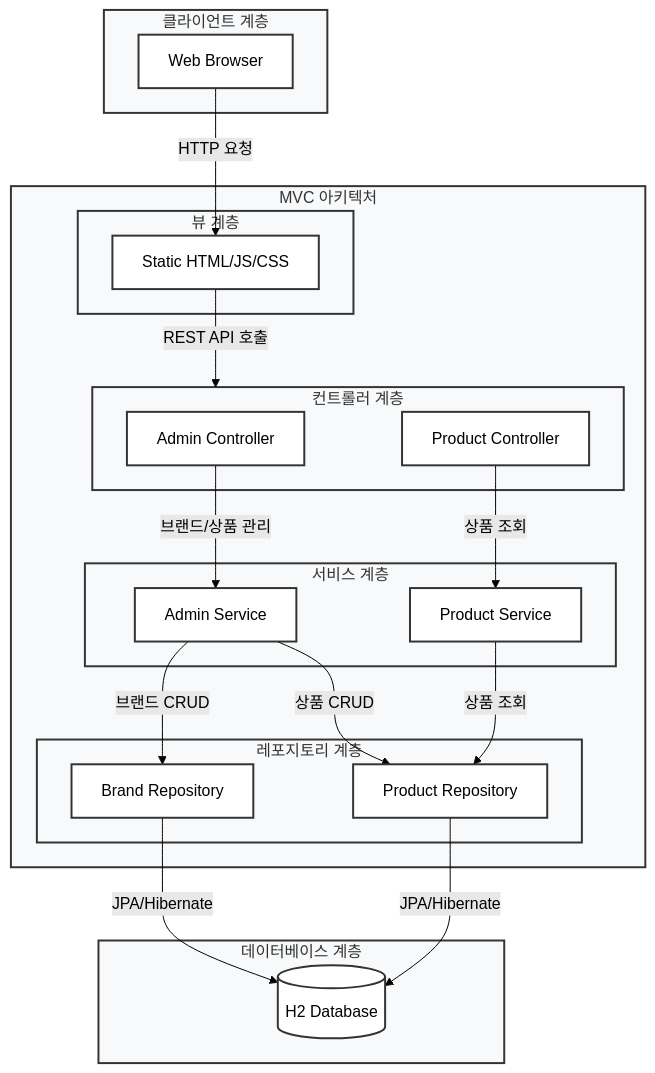
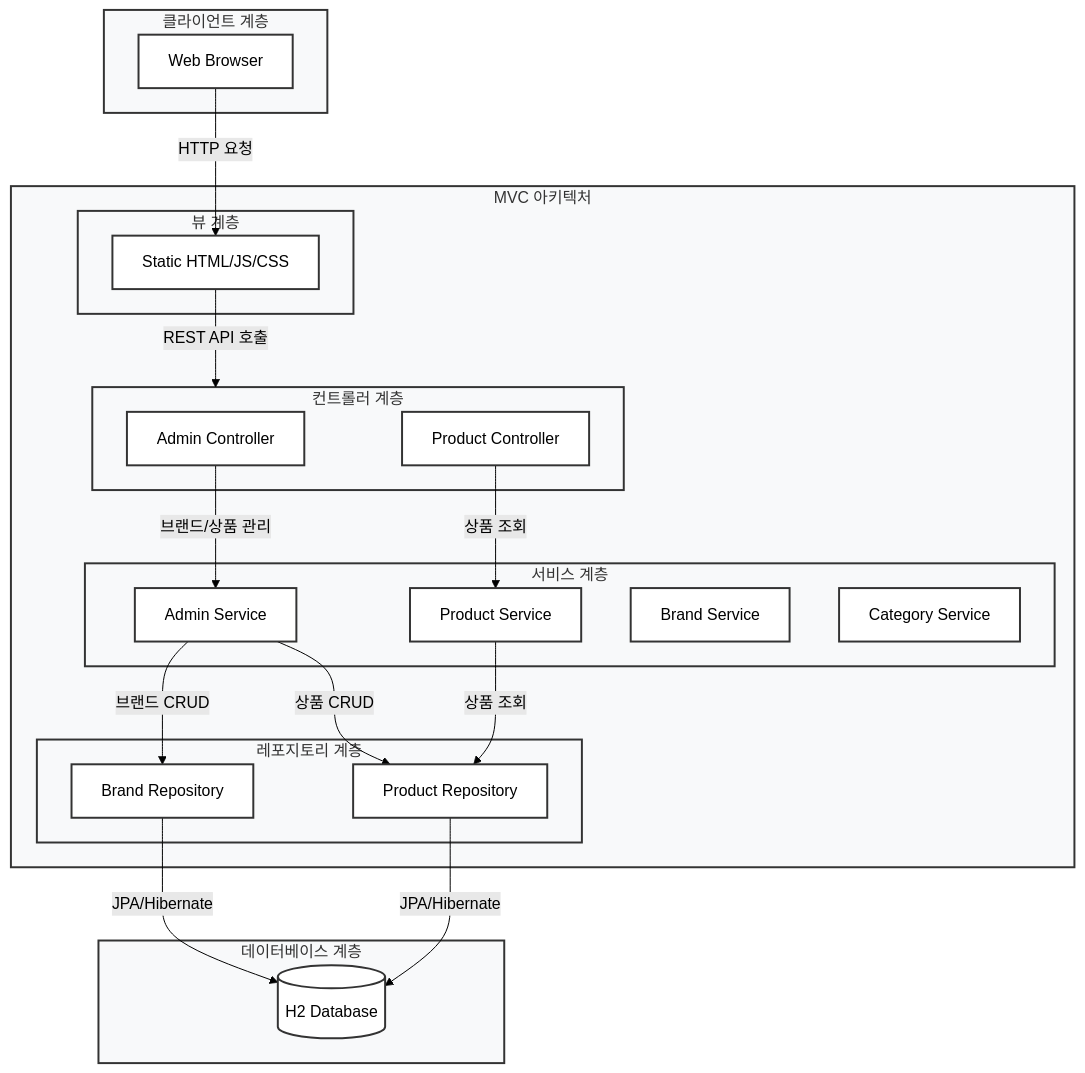
Before and after one commit to yeokyeong-yoon/snap-influencer-api: the first of 2 diagrams in README.md, drawn with Mermaid (forest theme). The commit also changed other lines of this file and 11 other files, not shown here.

````diff
--- a/README.md
+++ b/README.md
@@ -7,55 +7,57 @@
 ```mermaid
 flowchart TD
     %% Client Layer
     subgraph CL[클라이언트 계층]
         C[Web Browser]
     end
 
     %% MVC Architecture
     subgraph MVC[MVC 아키텍처]
         %% View Layer
         subgraph VL[뷰 계층]
             V[Static HTML/JS/CSS]
         end
 
         %% Controller Layer
         subgraph CL2[컨트롤러 계층]
             AC[Admin Controller]
             PC[Product Controller]
         end
 
         %% Service Layer
         subgraph SL[서비스 계층]
             AS[Admin Service]
             PS[Product Service]
+            BS[Brand Service]
+            CS[Category Service]
         end
 
         %% Repository Layer
         subgraph RL[레포지토리 계층]
             BR[Brand Repository]
             PR[Product Repository]
         end
     end
 
     %% Database Layer
     subgraph DL[데이터베이스 계층]
         DB[(H2 Database)]
     end
 
     %% Flow
     C --> |HTTP 요청| V
     V --> |REST API 호출| CL2
     AC --> |브랜드/상품 관리| AS
     PC --> |상품 조회| PS
     AS --> |브랜드 CRUD| BR
     AS --> |상품 CRUD| PR
     PS --> |상품 조회| PR
     BR & PR --> |JPA/Hibernate| DB
 
     %% Styling
     classDef default fill:#fff,stroke:#333,stroke-width:2px
     classDef layer fill:#f8f9fa,stroke:#333,stroke-width:2px
     
-    class C,V,AC,PC,AS,PS,BR,PR,DB default
+    class C,V,AC,PC,AS,PS,BS,CS,BR,PR,DB default
     class CL,MVC,VL,CL2,SL,RL,DL layer
 ```
````
